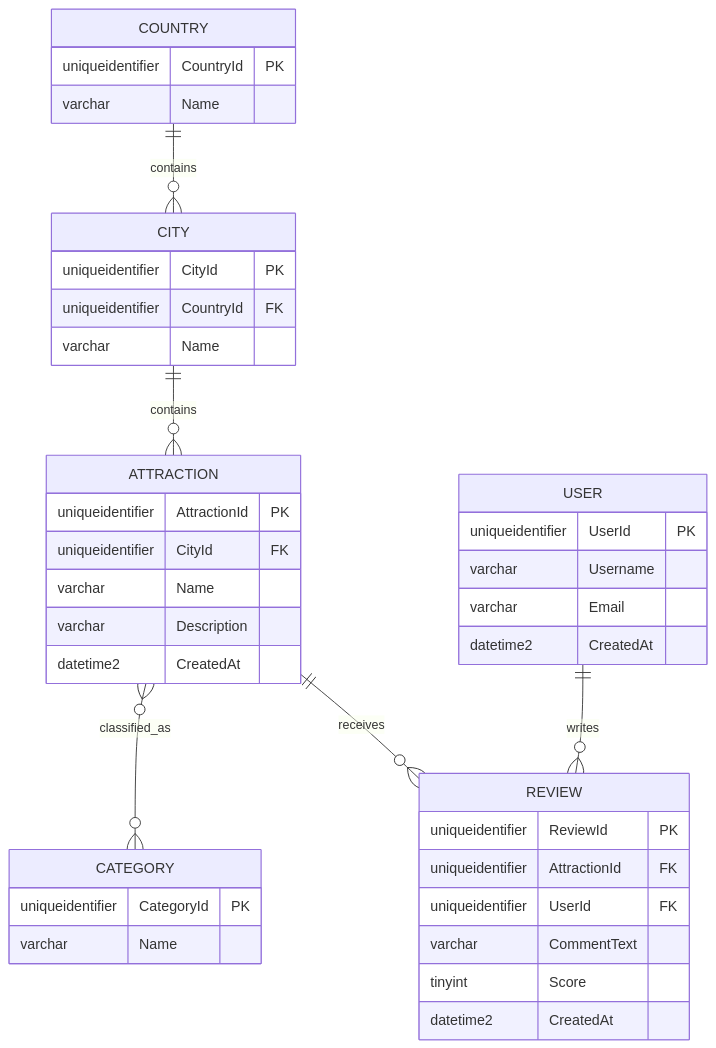
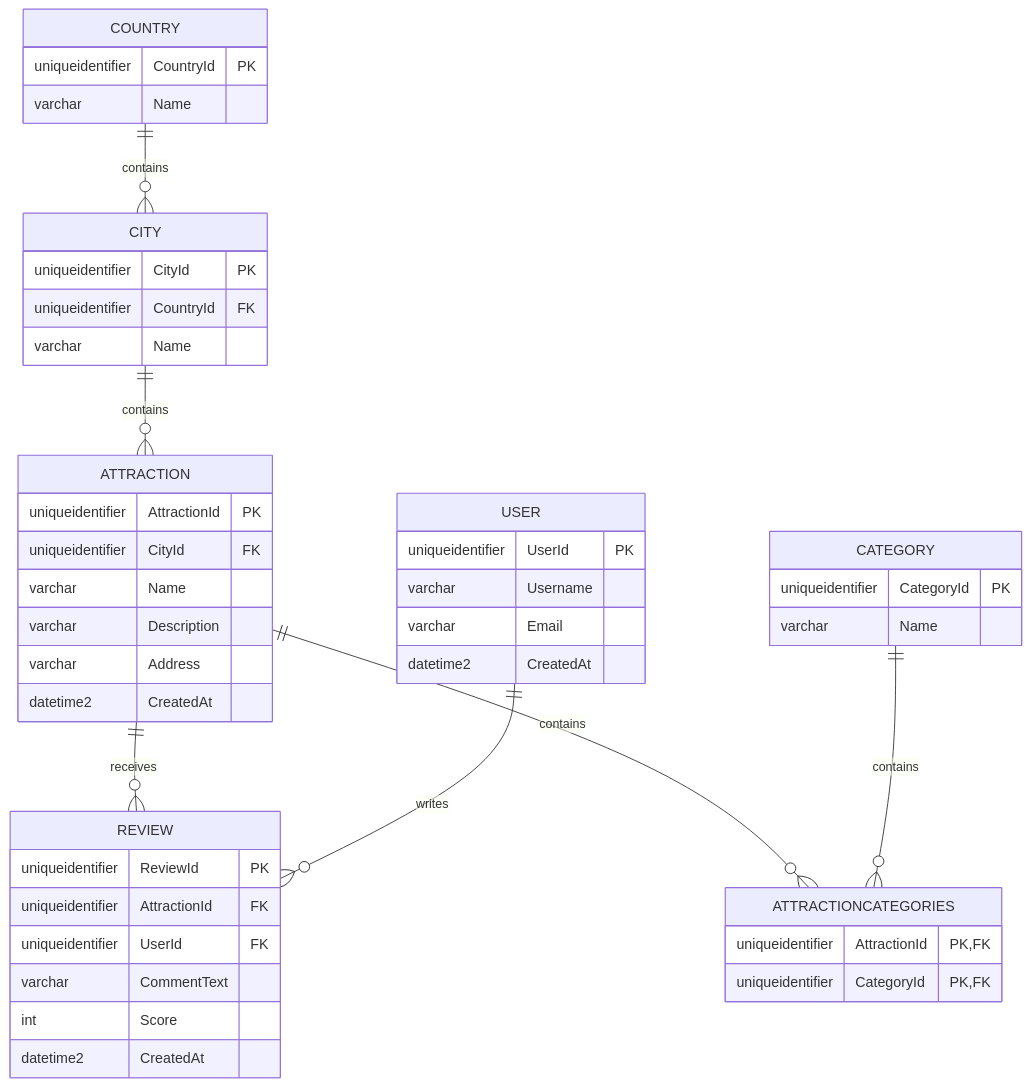
One commit to Nathraxx/v2-ProjektExtensionsAndOn changed the diagram in travel-erd.md. Above: the diagram before and after it, drawn with Mermaid. The commit also changed other lines of this file and 52 other files, not shown here.

````diff
--- a/travel-erd.md
+++ b/travel-erd.md
@@ -5,43 +20,50 @@
 ```mermaid
 erDiagram
     COUNTRY ||--o{ CITY : contains
     CITY ||--o{ ATTRACTION : contains
-    ATTRACTION }o--o{ CATEGORY : classified_as
+    
     ATTRACTION ||--o{ REVIEW : receives
     USER ||--o{ REVIEW : writes
+    ATTRACTION ||--o{ ATTRACTIONCATEGORIES : contains
+    CATEGORY ||--o{ ATTRACTIONCATEGORIES : contains
 
     COUNTRY {
         uniqueidentifier CountryId PK
         varchar Name
     }
     CITY {
         uniqueidentifier CityId PK
         uniqueidentifier CountryId FK
         varchar Name
     }
     ATTRACTION {
         uniqueidentifier AttractionId PK
         uniqueidentifier CityId FK
         varchar Name
         varchar Description
+        varchar Address
         datetime2 CreatedAt
     }
     CATEGORY {
         uniqueidentifier CategoryId PK
         varchar Name
     }
+    ATTRACTIONCATEGORIES {
+        uniqueidentifier AttractionId PK, FK
+        uniqueidentifier CategoryId PK, FK
+    }
     REVIEW {
         uniqueidentifier ReviewId PK
         uniqueidentifier AttractionId FK
         uniqueidentifier UserId FK
         varchar CommentText
-        tinyint Score
+        int Score
         datetime2 CreatedAt
     }
     USER {
         uniqueidentifier UserId PK
         varchar Username
         varchar Email
         datetime2 CreatedAt
     }
 ```
````
